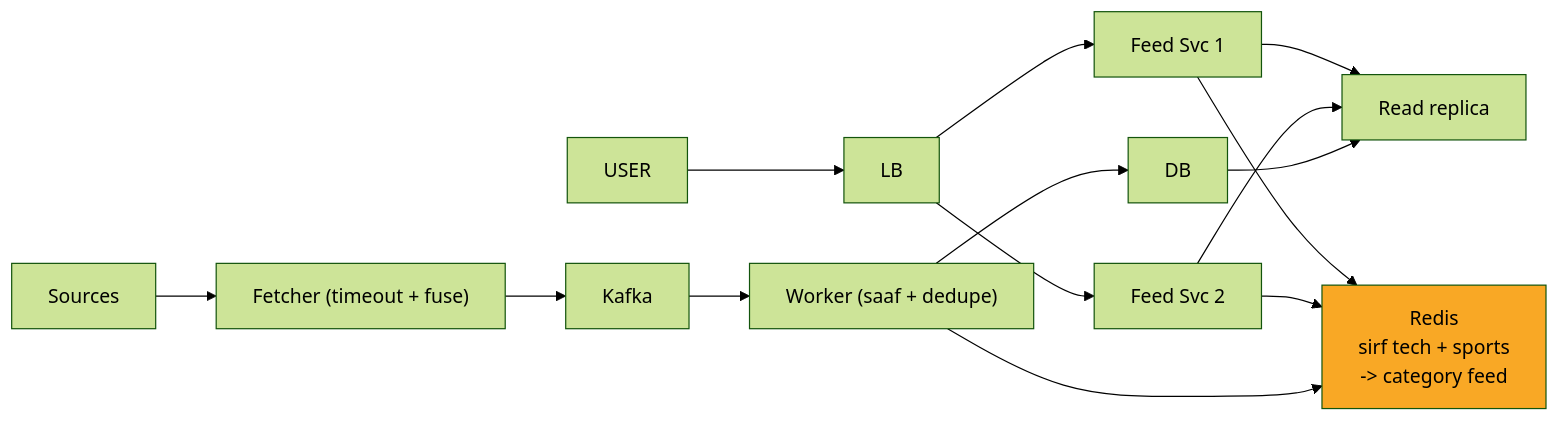
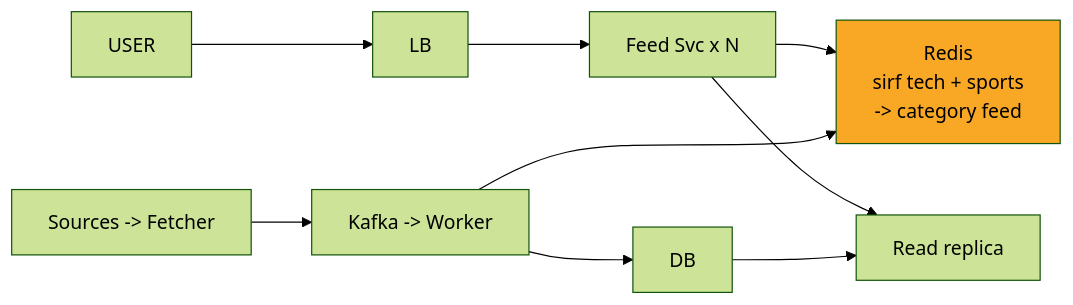
Before and after one commit to ArpanMaheshwari144/Prep: the seventh of 11 diagrams in 04_HLD/SYSTEM_DESIGNS/08_news_aggregator/08_news_aggregator_INTERVIEW.md, drawn with Mermaid (forest theme). The commit also changed other lines of this file and 11 other files, not shown here.

Commit message:
hld: card diagrams max 8 boxes (App x N, merged stores/chains; full diagram only in AAKHRI DABBA)

````diff
--- a/04_HLD/SYSTEM_DESIGNS/08_news_aggregator/08_news_aggregator_INTERVIEW.md
+++ b/04_HLD/SYSTEM_DESIGNS/08_news_aggregator/08_news_aggregator_INTERVIEW.md
@@ -276,28 +252,20 @@
 ```mermaid
 flowchart LR
     n_USER["USER"]
     n_LB["LB"]
-    n_Feed_Svc_x_N_1["Feed Svc 1"]
-    n_Feed_Svc_x_N_2["Feed Svc 2"]
+    n_Feed_Svc_xN["Feed Svc x N"]
     n_Redis["Redis<br/>sirf tech + sports<br/>-> category feed"]
     n_Read_replica["Read replica"]
     n_DB["DB"]
-    n_Worker["Worker (saaf + dedupe)"]
-    n_Kafka["Kafka"]
-    n_Fetcher["Fetcher (timeout + fuse)"]
-    n_Sources["Sources"]
+    n_KW["Kafka -> Worker"]
+    n_SF["Sources -> Fetcher"]
     n_USER --> n_LB
-    n_LB --> n_Feed_Svc_x_N_1
-    n_LB --> n_Feed_Svc_x_N_2
-    n_Feed_Svc_x_N_1 --> n_Redis
-    n_Feed_Svc_x_N_2 --> n_Redis
-    n_Feed_Svc_x_N_1 --> n_Read_replica
-    n_Feed_Svc_x_N_2 --> n_Read_replica
+    n_LB --> n_Feed_Svc_xN
+    n_Feed_Svc_xN --> n_Redis
+    n_Feed_Svc_xN --> n_Read_replica
     n_DB --> n_Read_replica
-    n_Worker --> n_DB
-    n_Worker --> n_Redis
-    n_Kafka --> n_Worker
-    n_Fetcher --> n_Kafka
-    n_Sources --> n_Fetcher
+    n_KW --> n_DB
+    n_KW --> n_Redis
+    n_SF --> n_KW
     style n_Redis fill:#f9a825,color:#000
 ```
````
